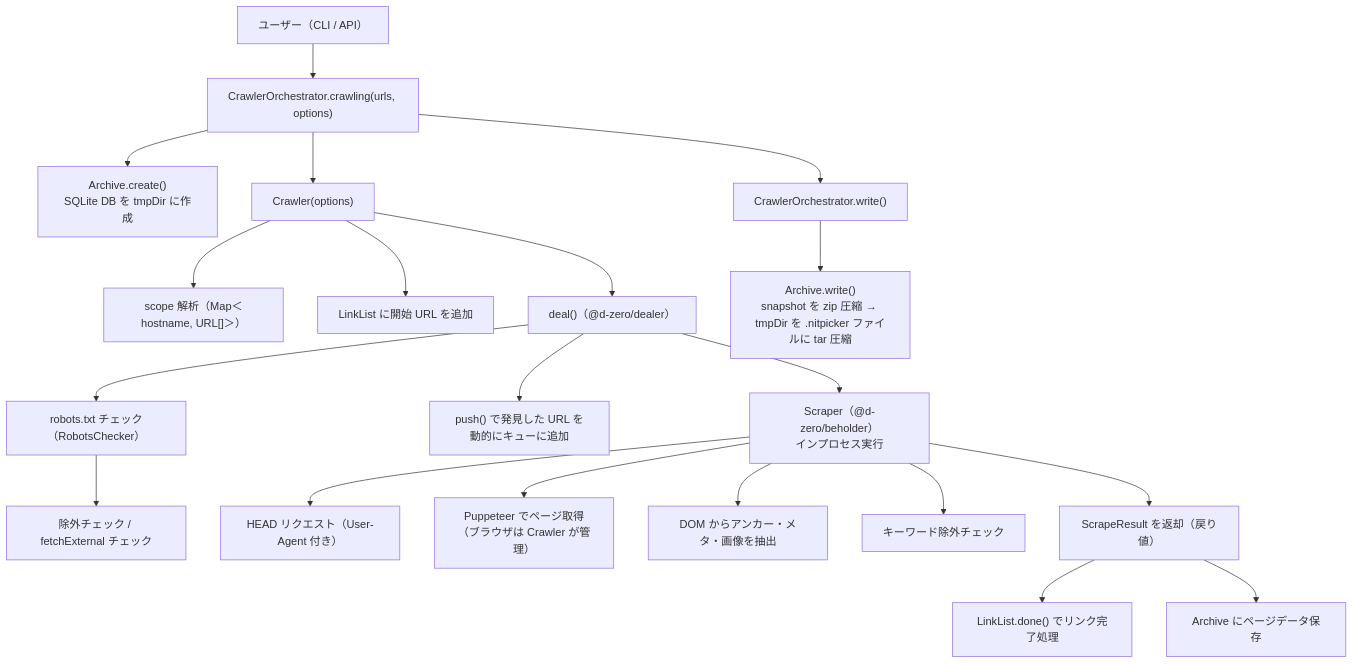
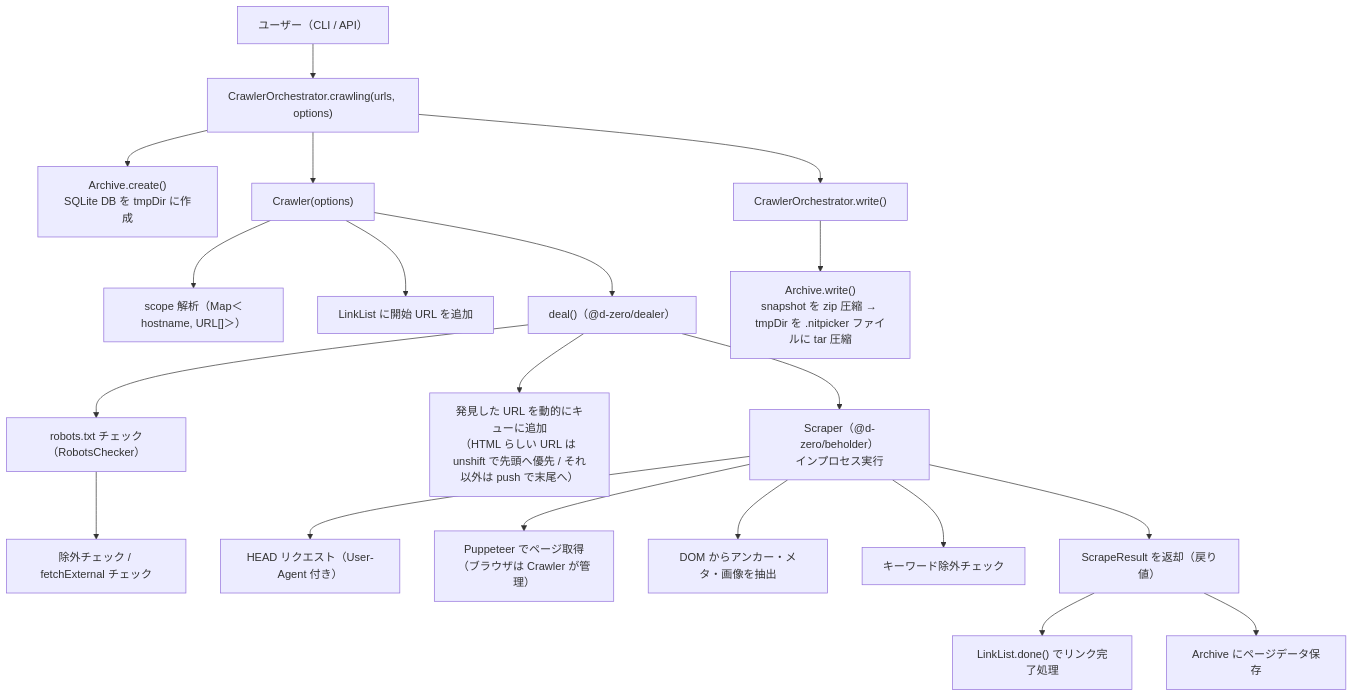
The first of 4 diagrams in ARCHITECTURE.md (d-zero-dev/nitpicker), drawn with Mermaid before and after one commit. The commit also changed other lines of this file and 1 other file, not shown here.

First line of the commit message:
docs(repo): document HTML-priority crawl queue

````diff
--- a/ARCHITECTURE.md
+++ b/ARCHITECTURE.md
@@ -47,28 +47,28 @@
 ```mermaid
 flowchart TD
     User["ユーザー（CLI / API）"] --> Crawling["CrawlerOrchestrator.crawling(urls, options)"]
 
     Crawling --> Archive["Archive.create()<br/>SQLite DB を tmpDir に作成"]
     Crawling --> Crawler["Crawler(options)"]
 
     Crawler --> Scope["scope 解析（Map＜hostname, URL[]＞）"]
     Crawler --> LinkList["LinkList に開始 URL を追加"]
     Crawler --> Deal["deal()（@d-zero/dealer）"]
 
     Deal --> RobotsCheck["robots.txt チェック（RobotsChecker）"]
     RobotsCheck --> Checks["除外チェック / fetchExternal チェック"]
-    Deal --> Push["push() で発見した URL を動的にキューに追加"]
+    Deal --> Push["発見した URL を動的にキューに追加<br/>（HTML らしい URL は unshift で先頭へ優先 / それ以外は push で末尾へ）"]
 
     Deal --> Beholder["Scraper（@d-zero/beholder）<br/>インプロセス実行"]
     Beholder --> Head["HEAD リクエスト（User-Agent 付き）"]
     Beholder --> Puppeteer["Puppeteer でページ取得<br/>（ブラウザは Crawler が管理）"]
     Beholder --> DOM["DOM からアンカー・メタ・画像を抽出"]
     Beholder --> Keyword["キーワード除外チェック"]
 
     Beholder --> Result["ScrapeResult を返却（戻り値）"]
     Result --> Done["LinkList.done() でリンク完了処理"]
     Result --> Save["Archive にページデータ保存"]
 
     Crawling --> Write["CrawlerOrchestrator.write()"]
     Write --> ArchiveWrite["Archive.write()<br/>snapshot を zip 圧縮 → tmpDir を .nitpicker ファイルに tar 圧縮"]
 ```
````
